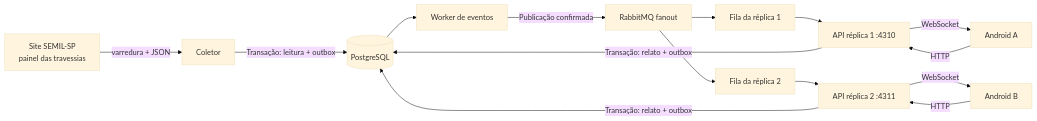
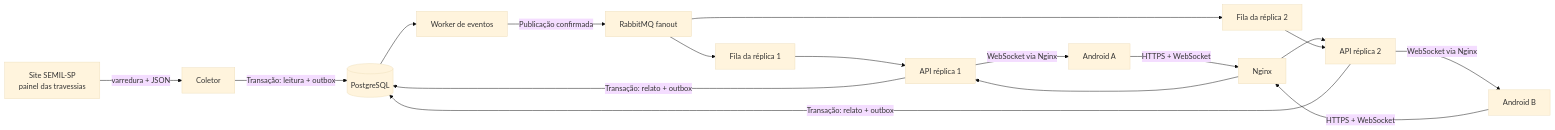
The diagram in docs/arquitetura.md (Bruno70i/APS---8-SEMESTRE), drawn with Mermaid (base theme) before and after one commit. The commit also changed other lines of this file and 56 other files, not shown here.

````diff
--- a/docs/arquitetura.md
+++ b/docs/arquitetura.md
@@ -3,17 +3,19 @@
 ```mermaid
 flowchart LR
     SITE[Site SEMIL-SP<br/>painel das travessias] -->|varredura + JSON| COL[Coletor]
     COL -->|Transação: leitura + outbox| DB[(PostgreSQL)]
-    A[Android A] -->|HTTP| API1[API réplica 1 :4310]
-    B[Android B] -->|HTTP| API2[API réplica 2 :4311]
+    A[Android A] -->|HTTPS + WebSocket| NG[Nginx]
+    B[Android B] -->|HTTPS + WebSocket| NG
+    NG --> API1[API réplica 1]
+    NG --> API2[API réplica 2]
     API1 -->|Transação: relato + outbox| DB
     API2 -->|Transação: relato + outbox| DB
     DB --> W[Worker de eventos]
     W -->|Publicação confirmada| MQ[RabbitMQ fanout]
     MQ --> Q1[Fila da réplica 1]
     MQ --> Q2[Fila da réplica 2]
     Q1 --> API1
     Q2 --> API2
-    API1 -->|WebSocket| A
-    API2 -->|WebSocket| B
+    API1 -->|WebSocket via Nginx| A
+    API2 -->|WebSocket via Nginx| B
 ```
````
